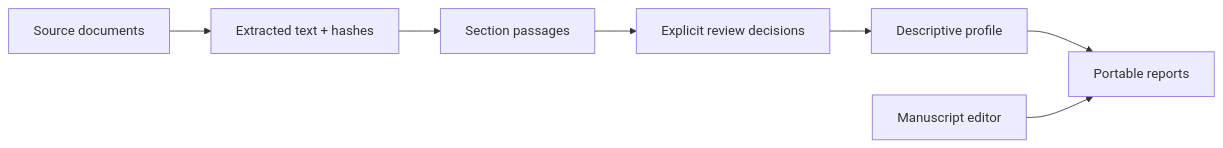
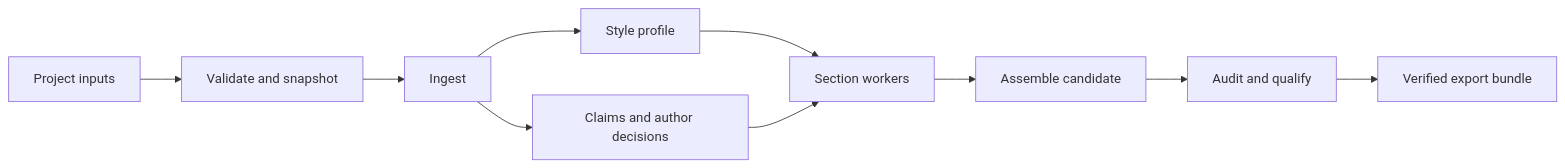
The diagram in README.md (ericrosenn1/manuscriptforge), drawn with Mermaid before and after one commit. The commit also changed other lines of this file and 178 other files, not shown here.

````diff
--- a/README.md
+++ b/README.md
@@ -76,9 +24,12 @@
 ```mermaid
 flowchart LR
-    A[Source documents] --> B[Extracted text + hashes]
-    B --> C[Section passages]
-    C --> D[Explicit review decisions]
-    D --> E[Descriptive profile]
-    E --> F[Portable reports]
-    G[Manuscript editor] --> F
+    I[Project inputs] --> V[Validate and snapshot]
+    V --> N[Ingest]
+    N --> P[Style profile]
+    N --> C[Claims and author decisions]
+    P --> S[Section workers]
+    C --> S
+    S --> A[Assemble candidate]
+    A --> Q[Audit and qualify]
+    Q --> E[Verified export bundle]
 ```
````
